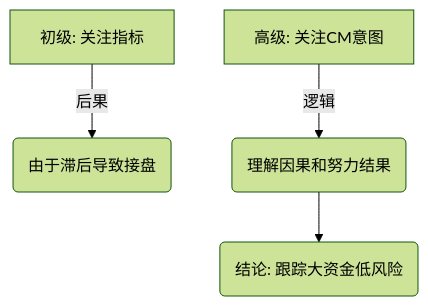
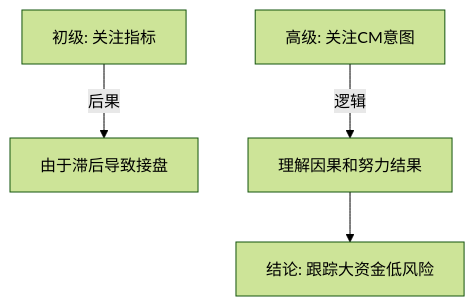
The second of 3 diagrams in docs/第一章_聪明钱解读市场的工具/第九节_总结.md (bigzhu/Wyckoff), drawn with Mermaid (forest theme) before and after one commit. The commit also changed 15 other files, not shown here.

Commit message:
Fix Mermaid Syntax: Quote all edge labels and node labels across Chapters 1-3

````diff
--- a/docs/第一章_聪明钱解读市场的工具/第九节_总结.md
+++ b/docs/第一章_聪明钱解读市场的工具/第九节_总结.md
@@ -61,6 +61,6 @@
 ```mermaid
 graph TD
-    A["初级: 关注指标"] -->|后果| B(由于滞后导致接盘)
-    C["高级: 关注CM意图"] -->|逻辑| D(理解因果和努力结果)
-    D --> E("结论: 跟踪大资金低风险")
+    A["初级: 关注指标"] -->|"后果"| B["由于滞后导致接盘"]
+    C["高级: 关注CM意图"] -->|"逻辑"| D["理解因果和努力结果"]
+    D --> E["结论: 跟踪大资金低风险"]
 ```
````
